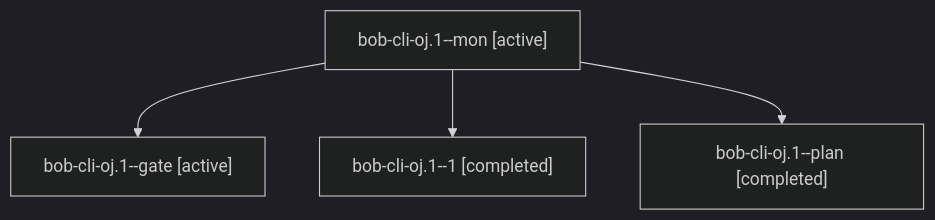
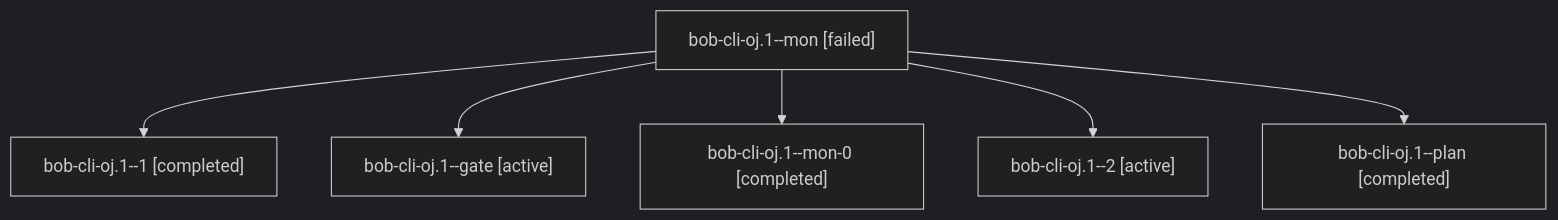
The diagram in sessions/bbugyi200.athena.bob-cli-oj.1.md (bobs-org/bob-cli--agents), drawn with Mermaid (dark theme) before and after one commit. The commit also changed other lines of this file and 51 other files, not shown here.

````diff
--- a/sessions/bbugyi200.athena.bob-cli-oj.1.md
+++ b/sessions/bbugyi200.athena.bob-cli-oj.1.md
@@ -9,10 +9,14 @@
 ```mermaid
 flowchart TD
-  n0["bob-cli-oj.1--mon [active]"]
-  n1["bob-cli-oj.1--gate [active]"]
+  n0["bob-cli-oj.1--mon [failed]"]
+  n1["bob-cli-oj.1--1 [completed]"]
   n0 --> n1
-  n2["bob-cli-oj.1--1 [completed]"]
+  n2["bob-cli-oj.1--gate [active]"]
   n0 --> n2
-  n3["bob-cli-oj.1--plan [completed]"]
+  n3["bob-cli-oj.1--mon-0 [completed]"]
   n0 --> n3
+  n4["bob-cli-oj.1--2 [active]"]
+  n0 --> n4
+  n5["bob-cli-oj.1--plan [completed]"]
+  n0 --> n5
 ```
````
